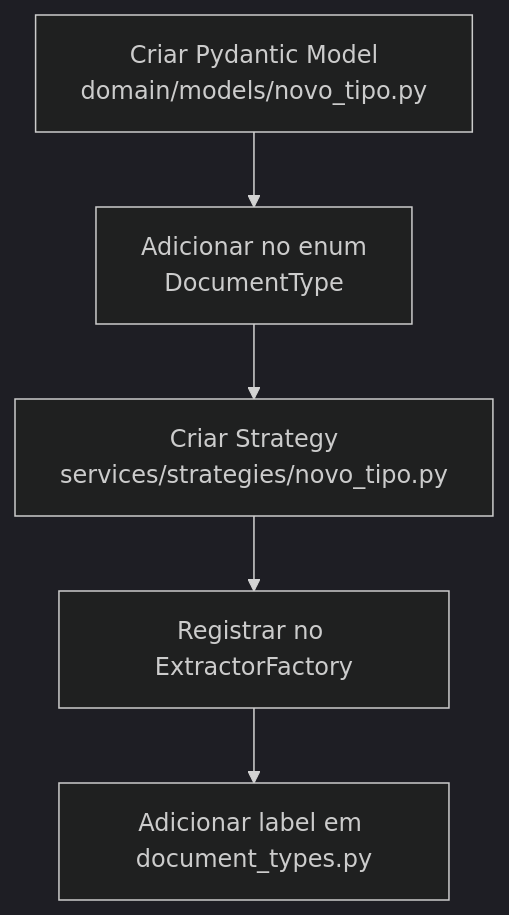
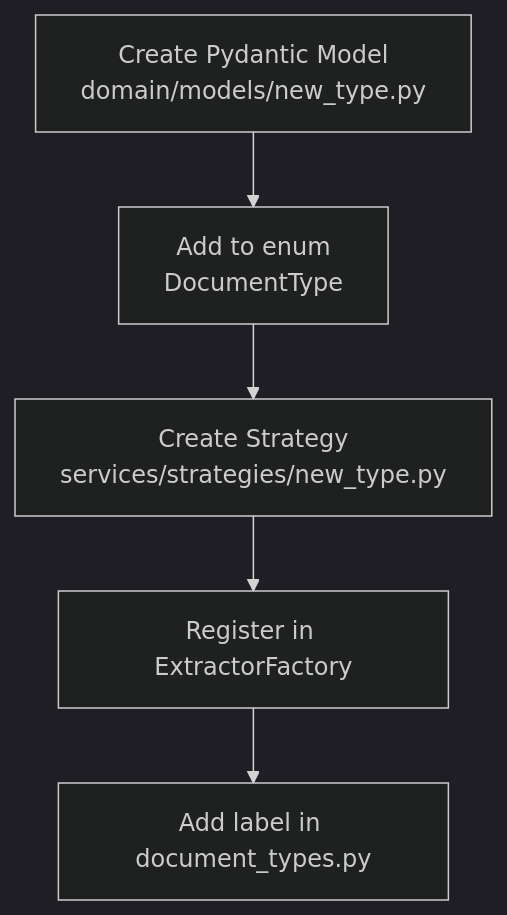
One commit to Amir-Youssef/document-extraction-benchmarks changed the third of 3 diagrams in arquitetura.md. Above: the diagram before and after it, drawn with Mermaid (dark theme). The commit also changed other lines of this file and 3 other files, not shown here.

````diff
--- a/arquitetura.md
+++ b/arquitetura.md
@@ -66,7 +66,7 @@
 ```mermaid
 flowchart TB
-    N1[Criar Pydantic Model<br/>domain/models/novo_tipo.py] --> N2[Adicionar no enum<br/>DocumentType]
-    N2 --> N3[Criar Strategy<br/>services/strategies/novo_tipo.py]
-    N3 --> N4[Registrar no ExtractorFactory]
-    N4 --> N5[Adicionar label em document_types.py]
+    N1[Create Pydantic Model<br/>domain/models/new_type.py] --> N2[Add to enum<br/>DocumentType]
+    N2 --> N3[Create Strategy<br/>services/strategies/new_type.py]
+    N3 --> N4[Register in ExtractorFactory]
+    N4 --> N5[Add label in document_types.py]
 ```
````
